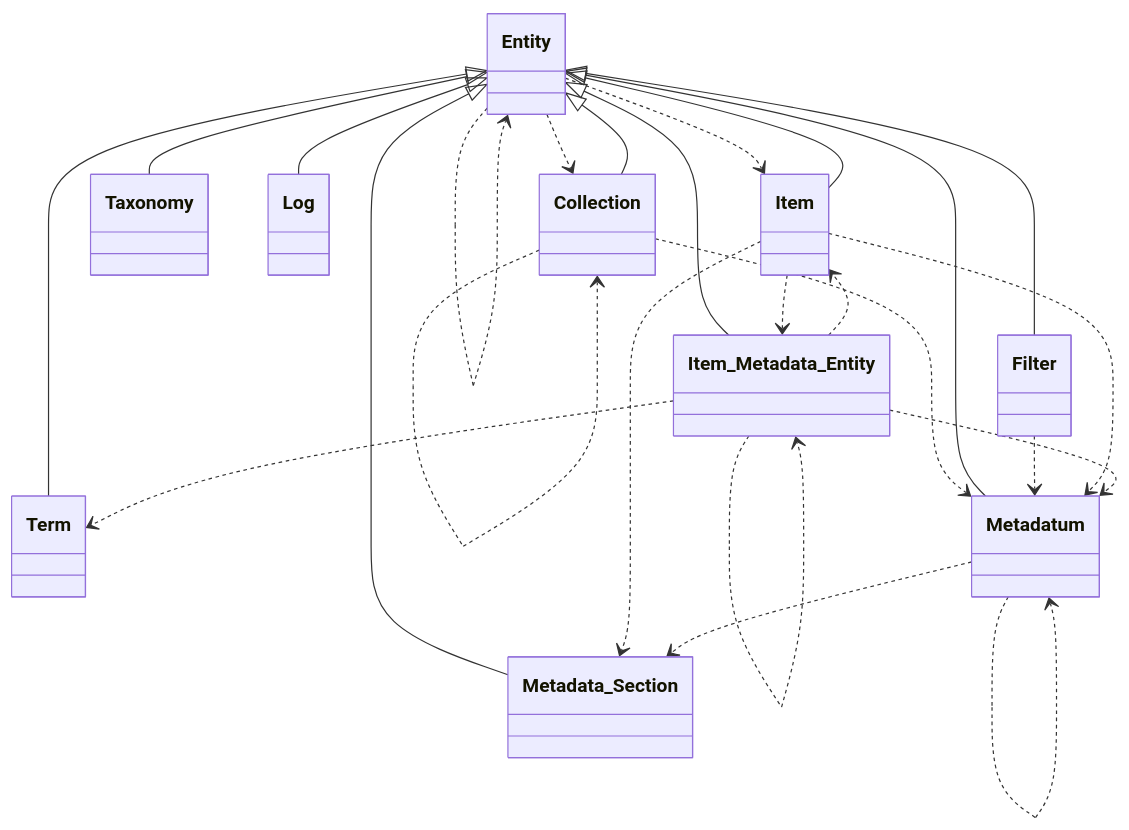
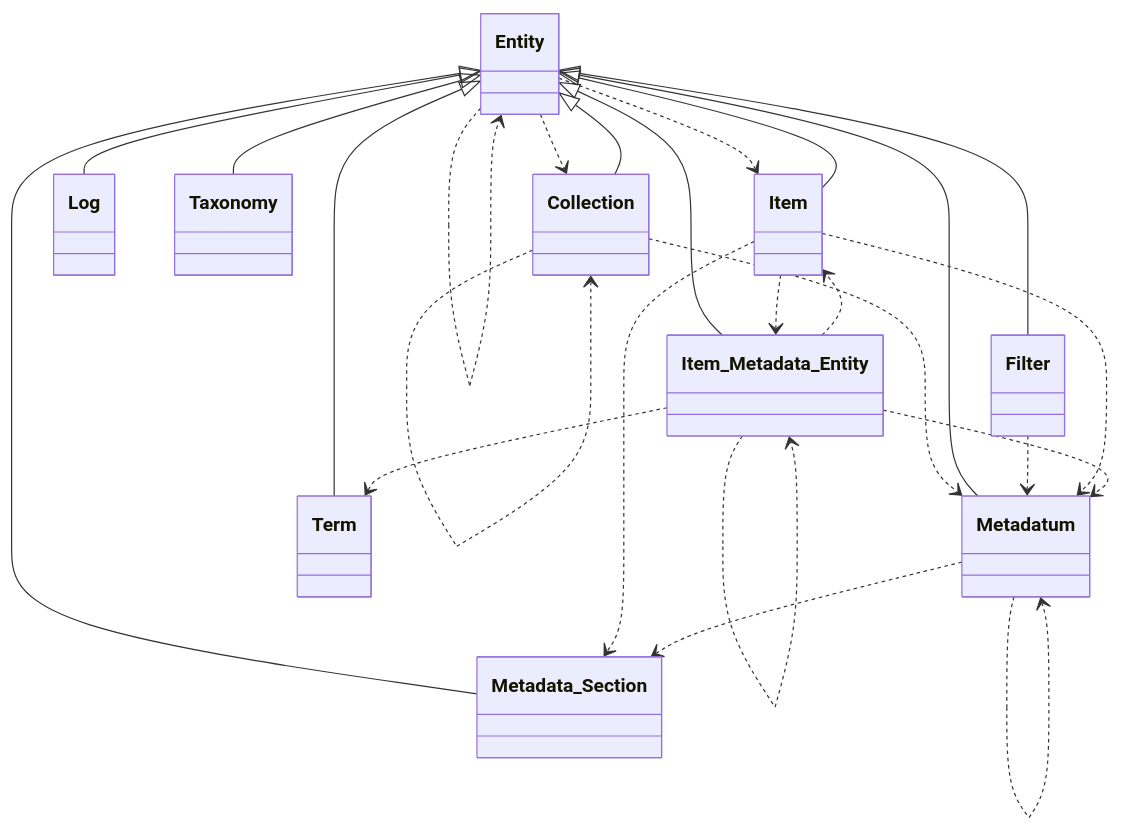
One commit to tainacan/tainacan changed the fourth of 13 diagrams in docs/phpdoc/Home.md. Above: the diagram before and after it, drawn with Mermaid. The commit also changed other lines of this file and 74 other files, not shown here.

````diff
--- a/docs/phpdoc/Home.md
+++ b/docs/phpdoc/Home.md
@@ -369,38 +369,38 @@
 ```mermaid
 classDiagram
     direction TB
+    class Metadatum { }
+    class Metadata_Section { }
+    class Item { }
     class Entity { }
+    class Item_Metadata_Entity { }
     class Term { }
+    class Log { }
+    class Taxonomy { }
     class Collection { }
-    class Metadatum { }
-    class Taxonomy { }
     class Filter { }
-    class Metadata_Section { }
-    class Item_Metadata_Entity { }
-    class Log { }
-    class Item { }
     Collection ..> Collection
     Collection ..> Metadatum
     Entity ..> Collection
     Entity ..> Entity
     Entity ..> Item
     Entity <|-- Collection
     Entity <|-- Filter
     Entity <|-- Item
     Entity <|-- Item_Metadata_Entity
     Entity <|-- Log
     Entity <|-- Metadata_Section
     Entity <|-- Metadatum
     Entity <|-- Taxonomy
     Entity <|-- Term
     Filter ..> Metadatum
     Item ..> Item_Metadata_Entity
     Item ..> Metadata_Section
     Item ..> Metadatum
     Item_Metadata_Entity ..> Item
     Item_Metadata_Entity ..> Item_Metadata_Entity
     Item_Metadata_Entity ..> Metadatum
     Item_Metadata_Entity ..> Term
     Metadatum ..> Metadata_Section
     Metadatum ..> Metadatum
 ```
````
